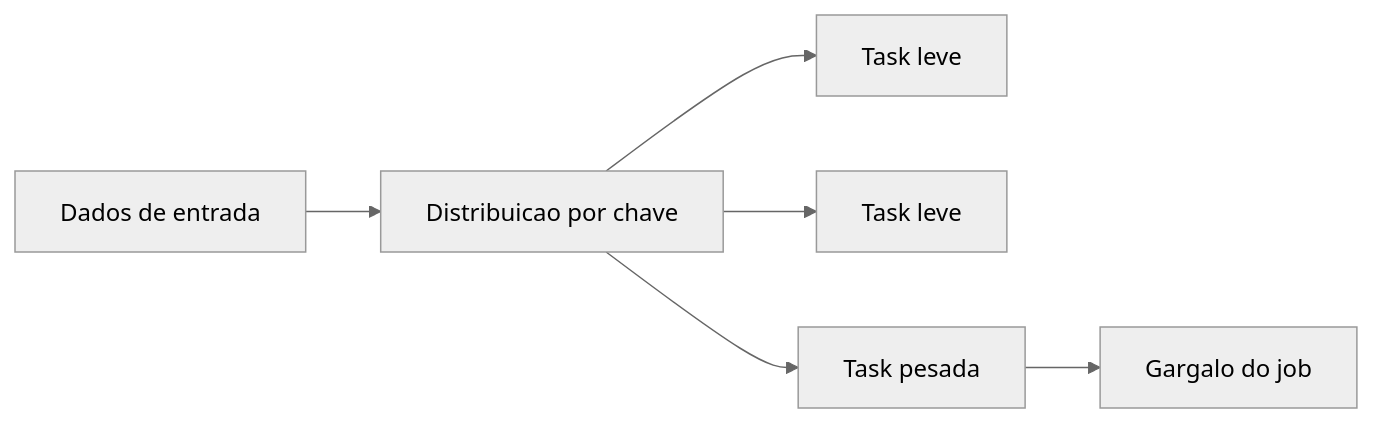
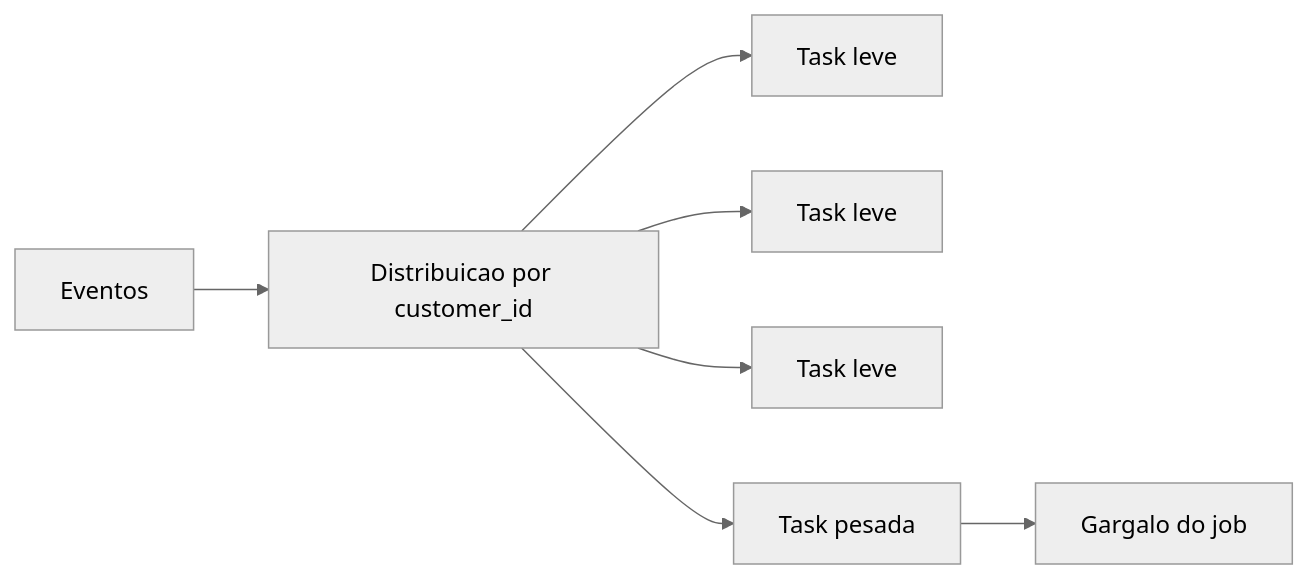
Before and after one commit to Ito-Santana/aws-dea-guia-estudos: the diagram in fundamentos-engenharia-de-dados/data-skew.md, drawn with Mermaid (neutral theme). The commit also changed other lines of this file, not shown here.

````diff
--- a/fundamentos-engenharia-de-dados/data-skew.md
+++ b/fundamentos-engenharia-de-dados/data-skew.md
@@ -47,8 +136,9 @@
 ```mermaid
 flowchart LR
-    A[Dados de entrada] --> B[Distribuicao por chave]
+    A[Eventos] --> B[Distribuicao por customer_id]
     B --> C1[Task leve]
     B --> C2[Task leve]
-    B --> C3[Task pesada]
-    C3 --> D[Gargalo do job]
+    B --> C3[Task leve]
+    B --> C4[Task pesada]
+    C4 --> D[Gargalo do job]
 ```
````
